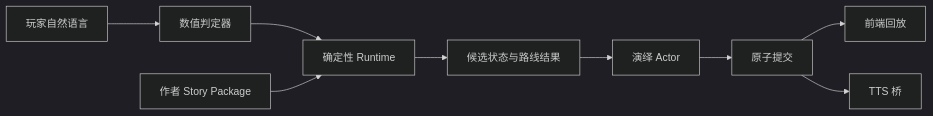
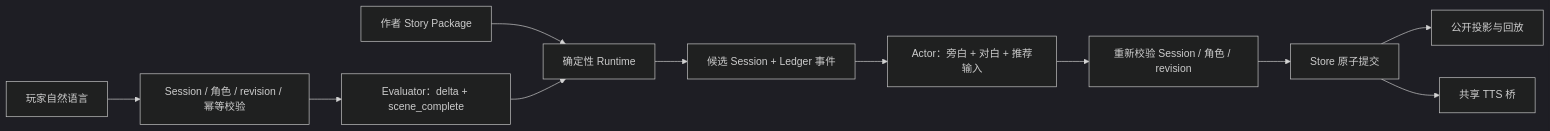
The diagram in docs/design/neko-theater-architecture.md (Krabbypattyl/N.E.K.O), drawn with Mermaid (dark theme) before and after one commit. The commit also changed other lines of this file and 45 other files, not shown here.

````diff
--- a/docs/design/neko-theater-architecture.md
+++ b/docs/design/neko-theater-architecture.md
@@ -30,11 +47,13 @@
 ```mermaid
 flowchart LR
-    Input["玩家自然语言"] --> Eval["数值判定器"]
-    Eval --> Engine["确定性 Runtime"]
-    Story["作者 Story Package"] --> Engine
-    Engine --> Candidate["候选状态与路线结果"]
-    Candidate --> Actor["演绎 Actor"]
-    Actor --> Commit["原子提交"]
-    Commit --> UI["前端回放"]
-    Commit --> TTS["TTS 桥"]
+    Input["玩家自然语言"] --> Guard["Session / 角色 / revision / 幂等校验"]
+    Guard --> Eval["Evaluator：delta + scene_complete"]
+    Story["作者 Story Package"] --> Runtime["确定性 Runtime"]
+    Eval --> Runtime
+    Runtime --> Candidate["候选 Session + Ledger 事件"]
+    Candidate --> Actor["Actor：旁白 + 对白 + 推荐输入"]
+    Actor --> Recheck["重新校验 Session / 角色 / revision"]
+    Recheck --> Commit["Store 原子提交"]
+    Commit --> UI["公开投影与回放"]
+    Commit --> TTS["共享 TTS 桥"]
 ```
````
